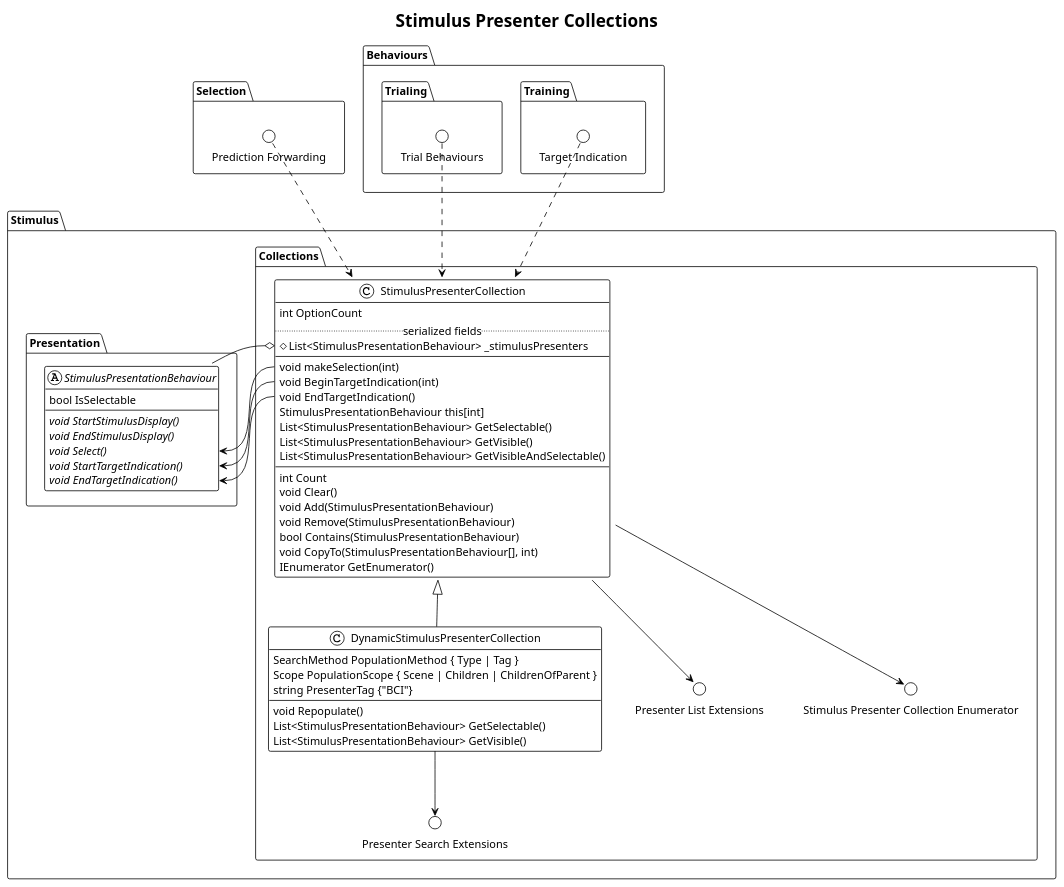
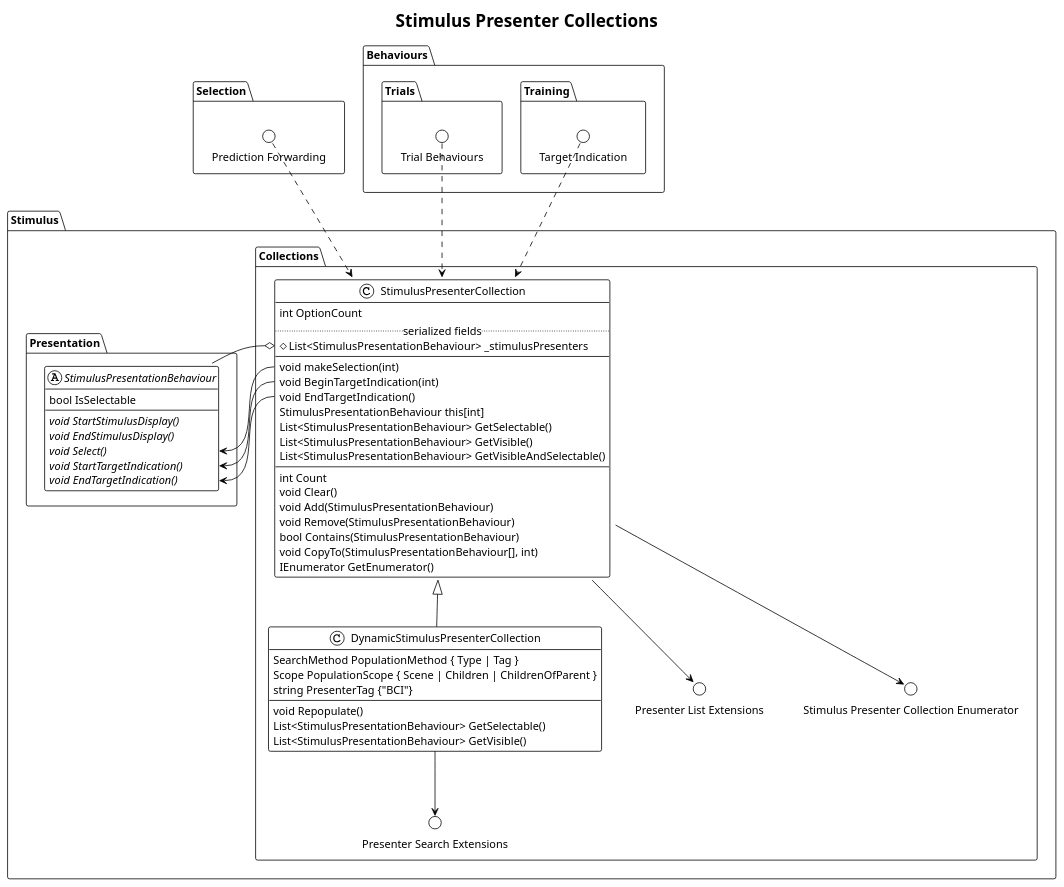
The diagram in content/bessy-unity/stimulus/collections/stimulus-presenter-collections.plantuml (BCI-Games/bessy-docs), drawn with PlantUML before and after one commit. The commit also changed 21 other files, not shown here.

Commit message:
Renamed "Trials" namespace

```diff
--- a/content/bessy-unity/stimulus/collections/stimulus-presenter-collections.plantuml
+++ b/content/bessy-unity/stimulus/collections/stimulus-presenter-collections.plantuml
@@ -1,87 +1,87 @@
 @startuml stimulus-presenter-collections
 !theme plain
 title
 Stimulus Presenter Collections
 end title
 
 namespace Selection {
     circle "Prediction Forwarding" as predictions
 
     predictions ..> .Stimulus.Collections.StimulusPresenterCollection
 }
 
 namespace Behaviours {
     namespace Training {
         circle "Target Indication" as targetting
         targetting ..> .Stimulus.Collections.StimulusPresenterCollection
     }
 
-    namespace Trialing {
-        circle "Trial Behaviours" as trialing
-        trialing ..> .Stimulus.Collections.StimulusPresenterCollection
+    namespace Trials {
+        circle "Trial Behaviours" as trials
+        trials ..> .Stimulus.Collections.StimulusPresenterCollection
     }
 }
 
 ' Behaviours -l[hidden]- Selection
 
 namespace Stimulus {
     namespace Collections {
         class StimulusPresenterCollection{
             int OptionCount
             ..serialized fields..
             # List<StimulusPresentationBehaviour> _stimulusPresenters
             --
             void makeSelection(int)
             void BeginTargetIndication(int)
             void EndTargetIndication()
             StimulusPresentationBehaviour this[int]
             List<StimulusPresentationBehaviour> GetSelectable()
             List<StimulusPresentationBehaviour> GetVisible()
             List<StimulusPresentationBehaviour> GetVisibleAndSelectable()
             --
             int Count
             void Clear()
             void Add(StimulusPresentationBehaviour)
             void Remove(StimulusPresentationBehaviour)
             bool Contains(StimulusPresentationBehaviour)
             void CopyTo(StimulusPresentationBehaviour[], int)
             IEnumerator GetEnumerator()
         }
 
         class DynamicStimulusPresenterCollection extends StimulusPresenterCollection {
             SearchMethod PopulationMethod { Type | Tag }
             Scope PopulationScope { Scene | Children | ChildrenOfParent }
             string PresenterTag {"BCI"}
             void Repopulate()
             List<StimulusPresentationBehaviour> GetSelectable()
             List<StimulusPresentationBehaviour> GetVisible()
         }
 
         circle "Presenter List Extensions" as list_ext
         circle "Presenter Search Extensions" as search_ext
         circle "Stimulus Presenter Collection Enumerator" as enumerator
 
         StimulusPresenterCollection --> list_ext
         StimulusPresenterCollection --> enumerator
         DynamicStimulusPresenterCollection --> search_ext
     }
 
     namespace Presentation {
         abstract StimulusPresentationBehaviour {
             bool IsSelectable
             {abstract} void StartStimulusDisplay()
             {abstract} void EndStimulusDisplay()
             {abstract} void Select()
             {abstract} void StartTargetIndication()
             {abstract} void EndTargetIndication()
         }
     }
 
     Presentation.StimulusPresentationBehaviour -o Collections.StimulusPresenterCollection::_stimulusPresenters
 
     Collections.StimulusPresenterCollection::makeSelection --> Presentation.StimulusPresentationBehaviour::Select
     Collections.StimulusPresenterCollection::BeginTargetIndication --> Presentation.StimulusPresentationBehaviour::StartTargetIndication
     Collections.StimulusPresenterCollection::EndTargetIndication --> Presentation.StimulusPresentationBehaviour::EndTargetIndication
 }
 
 @enduml
```
